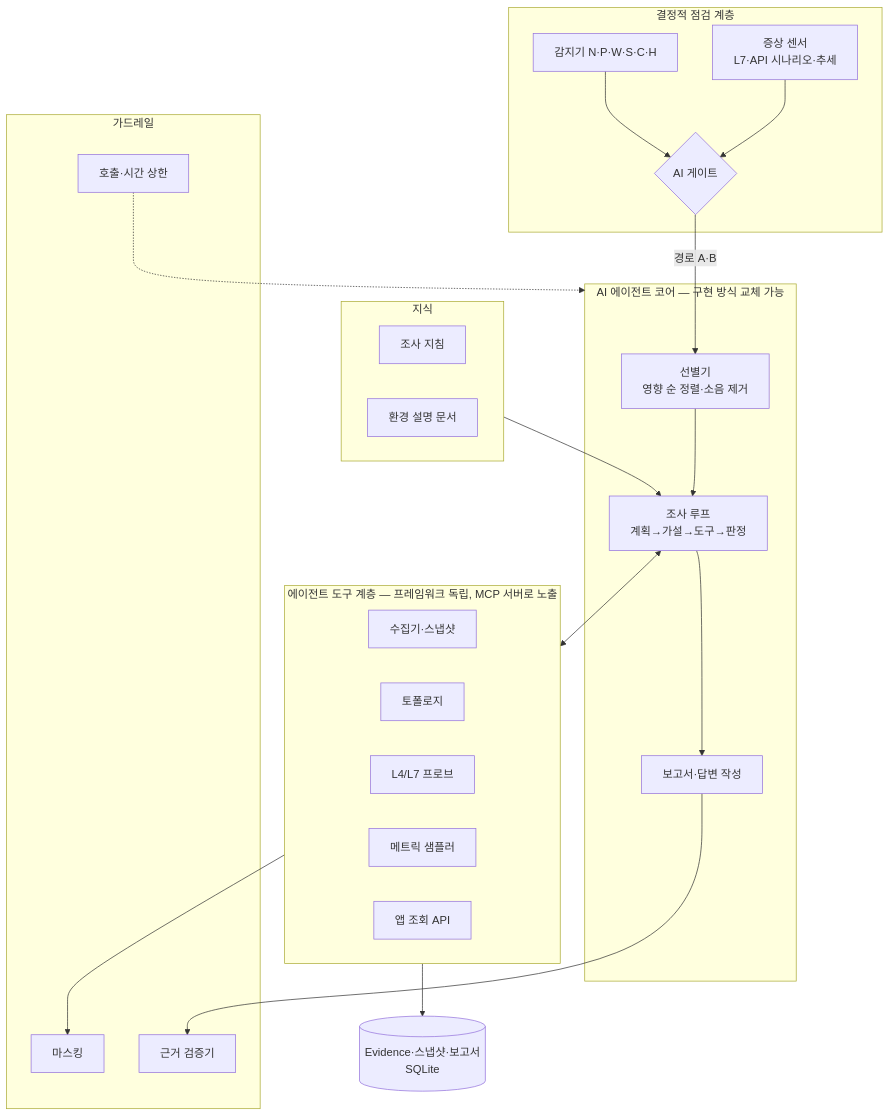
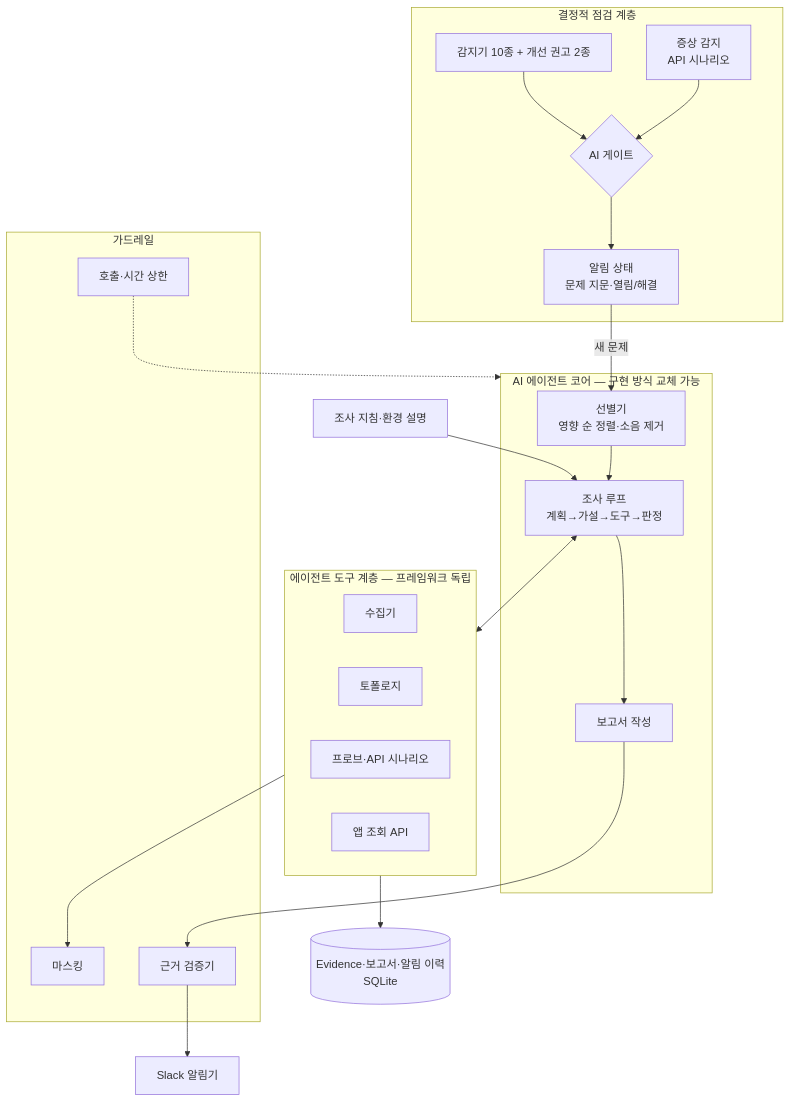
The third of 3 diagrams in docs/01-project-proposal.md (skax-jihyeryu/KubeGuardian), drawn with Mermaid before and after one commit. The commit also changed other lines of this file and 11 other files, not shown here.

````diff
--- a/docs/01-project-proposal.md
+++ b/docs/01-project-proposal.md
@@ -243,38 +221,35 @@
 ```mermaid
 flowchart TB
     subgraph Det[결정적 점검 계층]
-        Rules[감지기 N·P·W·S·C·H]
-        Sym[증상 센서<br/>L7·API 시나리오·추세]
+        Rules[감지기 10종 + 개선 권고 2종]
+        Sym[증상 감지<br/>API 시나리오]
         Gate{AI 게이트}
+        Alert[알림 상태<br/>문제 지문·열림/해결]
         Rules --> Gate
         Sym --> Gate
+        Gate --> Alert
     end
     subgraph Agent[AI 에이전트 코어 — 구현 방식 교체 가능]
         Triage[선별기<br/>영향 순 정렬·소음 제거]
         Inv[조사 루프<br/>계획→가설→도구→판정]
-        Writer[보고서·답변 작성]
+        Writer[보고서 작성]
     end
-    subgraph Tools[에이전트 도구 계층 — 프레임워크 독립, MCP 서버로 노출]
-        Col[수집기·스냅샷]
+    subgraph Tools[에이전트 도구 계층 — 프레임워크 독립]
+        Col[수집기]
         Topo[토폴로지]
-        Probe[L4/L7 프로브]
-        Met[메트릭 샘플러]
+        Probe[프로브·API 시나리오]
         App[앱 조회 API]
-    end
-    subgraph Know[지식]
-        RB[조사 지침]
-        Env[환경 설명 문서]
     end
     subgraph Guard[가드레일]
         Mask[마스킹]
         Val[근거 검증기]
         Bud[호출·시간 상한]
     end
-    Gate -->|경로 A·B| Triage --> Inv --> Writer
+    Alert -->|새 문제| Triage --> Inv --> Writer
     Inv <--> Tools
-    Know --> Inv
+    RB[조사 지침·환경 설명] --> Inv
     Tools --> Mask
-    Writer --> Val
+    Writer --> Val --> Notify[Slack 알림기]
     Bud -.-> Agent
-    Tools --> Store[(Evidence·스냅샷·보고서<br/>SQLite)]
+    Tools --> Store[(Evidence·보고서·알림 이력<br/>SQLite)]
 ```
````
